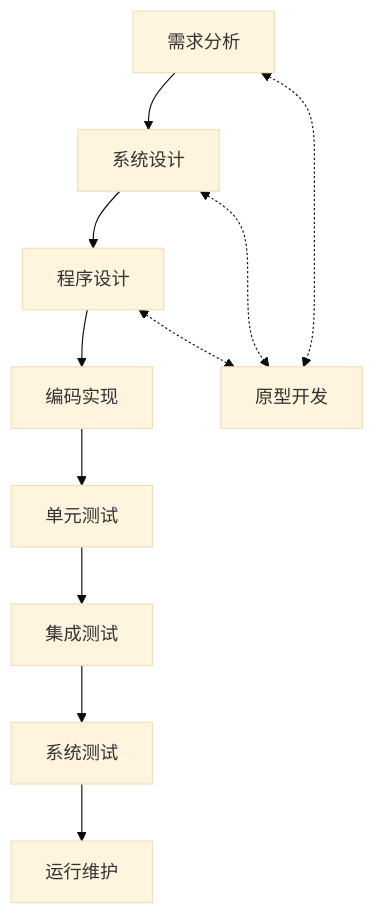
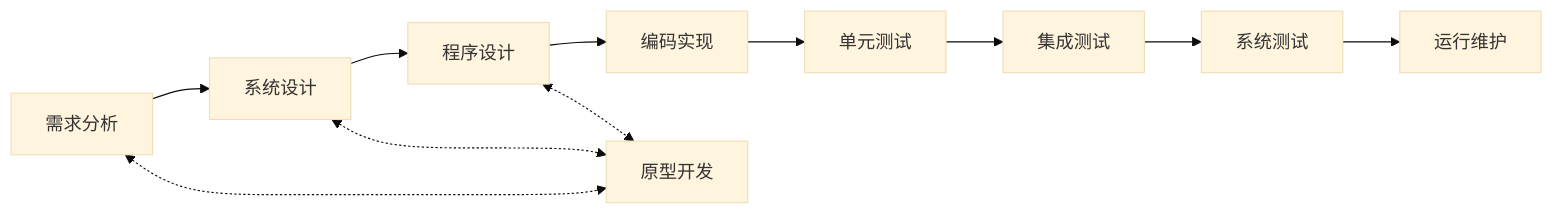
One commit to cmgzn/cmgzn.github.io changed the first of 2 diagrams in _posts/brain/2025-03-11-软件工程.md. Above: the diagram before and after it, drawn with Mermaid (base theme). The commit also changed other lines of this file and 11 other files, not shown here.

````diff
--- a/_posts/brain/2025-03-11-软件工程.md
+++ b/_posts/brain/2025-03-11-软件工程.md
@@ -90,13 +90,13 @@
 ```mermaid
-graph TD;
+graph LR;
     A[需求分析] --> B[系统设计];
     B[系统设计] --> C[程序设计];
     C[程序设计] --> D[编码实现];
     D[编码实现] --> E[单元测试];
     E[单元测试] --> F[集成测试];
     F[集成测试] --> G[系统测试];
     G[系统测试] --> H[运行维护];
     A <-.-> I[原型开发];
     B <-.-> I;
     C <-.-> I;
 ```
````
